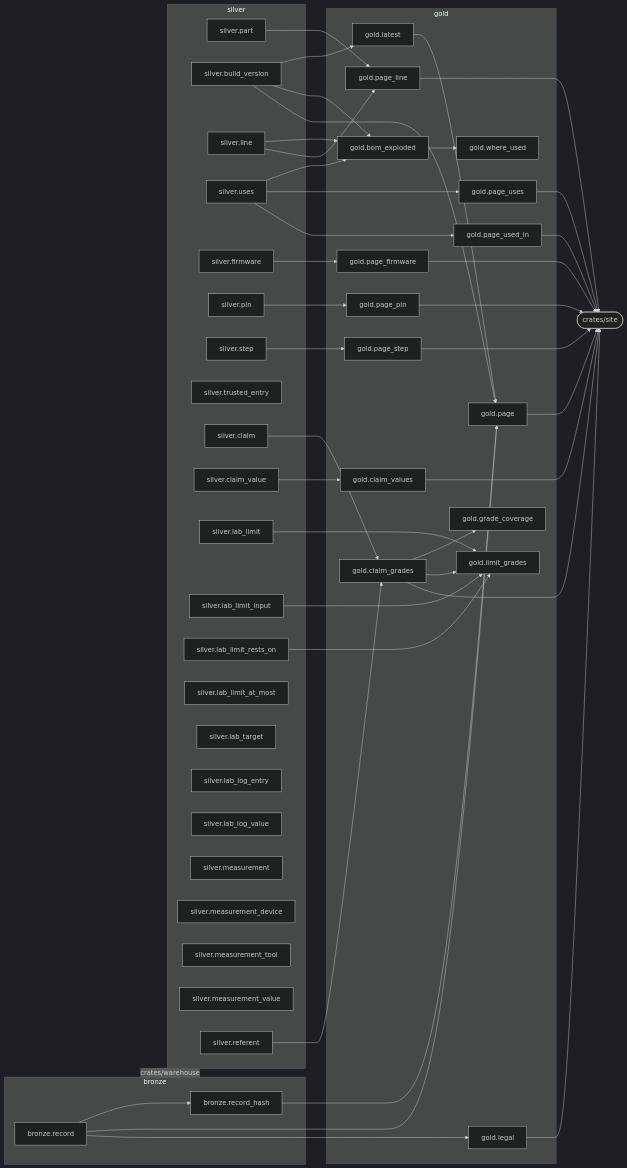
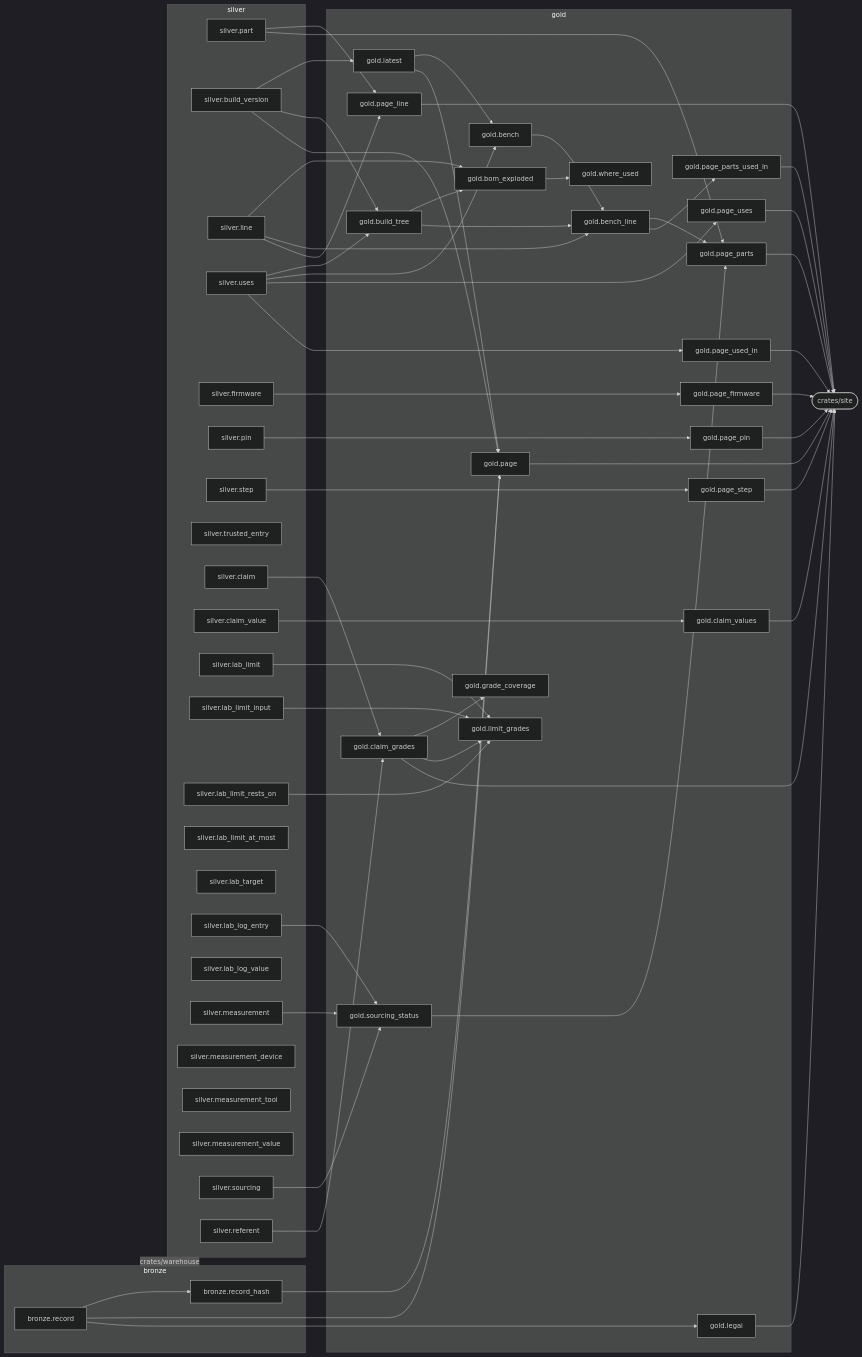
The diagram in docs/data-catalogue.md (via-balaena/tentzhen), drawn with Mermaid (dark theme) before and after one commit. The commit also changed other lines of this file and 18 other files, not shown here.

First line of the commit message:
Parts page: lab/sourcing.toml through to tentzhen.com/parts (#37)

````diff
--- a/docs/data-catalogue.md
+++ b/docs/data-catalogue.md
@@ -38,6 +38,7 @@
     silver_measurement_device["silver.measurement_device"]
     silver_measurement_tool["silver.measurement_tool"]
     silver_measurement_value["silver.measurement_value"]
+    silver_sourcing["silver.sourcing"]
     silver_referent["silver.referent"]
   end
   subgraph gold
@@ -45,8 +46,12 @@
     gold_claim_grades["gold.claim_grades"]
     gold_claim_values["gold.claim_values"]
     gold_grade_coverage["gold.grade_coverage"]
+    gold_build_tree["gold.build_tree"]
     gold_bom_exploded["gold.bom_exploded"]
     gold_where_used["gold.where_used"]
+    gold_bench["gold.bench"]
+    gold_bench_line["gold.bench_line"]
+    gold_sourcing_status["gold.sourcing_status"]
     gold_limit_grades["gold.limit_grades"]
     gold_page["gold.page"]
     gold_page_line["gold.page_line"]
@@ -55,6 +60,8 @@
     gold_page_firmware["gold.page_firmware"]
     gold_page_pin["gold.page_pin"]
     gold_page_step["gold.page_step"]
+    gold_page_parts["gold.page_parts"]
+    gold_page_parts_used_in["gold.page_parts_used_in"]
     gold_legal["gold.legal"]
   end
   bronze -. crates/warehouse .-> silver
@@ -64,10 +71,19 @@
   silver_referent --> gold_claim_grades
   silver_claim_value --> gold_claim_values
   gold_claim_grades --> gold_grade_coverage
-  silver_build_version --> gold_bom_exploded
+  silver_build_version --> gold_build_tree
+  silver_uses --> gold_build_tree
+  gold_build_tree --> gold_bom_exploded
   silver_line --> gold_bom_exploded
-  silver_uses --> gold_bom_exploded
   gold_bom_exploded --> gold_where_used
+  gold_latest --> gold_bench
+  silver_uses --> gold_bench
+  gold_bench --> gold_bench_line
+  gold_build_tree --> gold_bench_line
+  silver_line --> gold_bench_line
+  silver_lab_log_entry --> gold_sourcing_status
+  silver_measurement --> gold_sourcing_status
+  silver_sourcing --> gold_sourcing_status
   gold_claim_grades --> gold_limit_grades
   silver_lab_limit --> gold_limit_grades
   silver_lab_limit_input --> gold_limit_grades
@@ -83,6 +99,10 @@
   silver_firmware --> gold_page_firmware
   silver_pin --> gold_page_pin
   silver_step --> gold_page_step
+  gold_bench_line --> gold_page_parts
+  gold_sourcing_status --> gold_page_parts
+  silver_part --> gold_page_parts
+  gold_bench_line --> gold_page_parts_used_in
   bronze_record --> gold_legal
   crates_site(["crates/site"])
   gold_claim_grades --> crates_site
@@ -94,5 +114,7 @@
   gold_page_firmware --> crates_site
   gold_page_pin --> crates_site
   gold_page_step --> crates_site
+  gold_page_parts --> crates_site
+  gold_page_parts_used_in --> crates_site
   gold_legal --> crates_site
 ```
````
